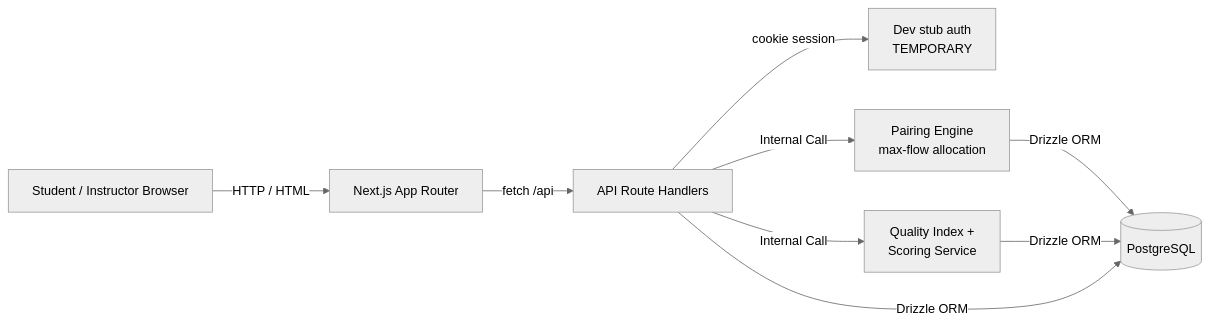
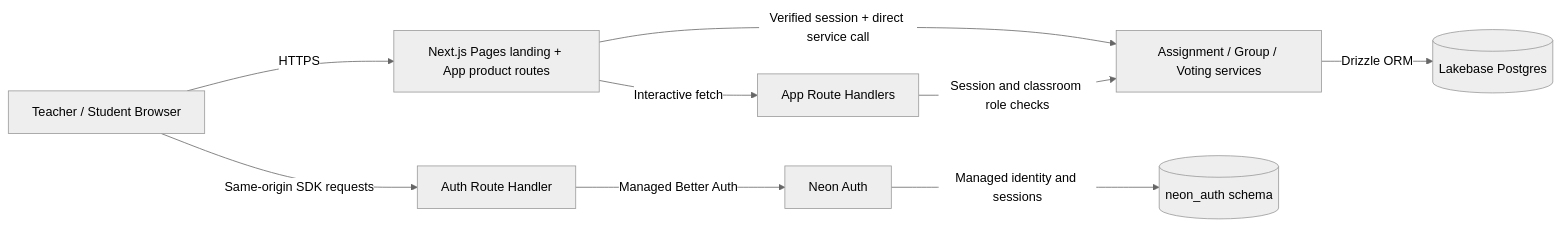
The diagram in docs/architecture.md (Bunyakorn-K/sdpx-ultrasmooth), drawn with Mermaid (neutral theme) before and after one commit. The commit also changed other lines of this file and 128 other files, not shown here.

````diff
--- a/docs/architecture.md
+++ b/docs/architecture.md
@@ -3,11 +3,11 @@
 ```mermaid
 flowchart LR
-    U[Student / Instructor Browser] -->|HTTP / HTML| FE[Next.js App Router]
-    FE -->|fetch /api| API[API Route Handlers]
-    API -->|cookie session| AUTH[Dev stub auth<br/>TEMPORARY]
-    API -->|Internal Call| PAIR[Pairing Engine<br/>max-flow allocation]
-    API -->|Internal Call| SCORE[Quality Index +<br/>Scoring Service]
-    PAIR -->|Drizzle ORM| DB[(PostgreSQL)]
-    SCORE -->|Drizzle ORM| DB
-    API -->|Drizzle ORM| DB
+    B[Teacher / Student Browser] -->|HTTPS| WEB[Next.js Pages landing + App product routes]
+    B -->|Same-origin SDK requests| AUTHAPI[Auth Route Handler]
+    AUTHAPI -->|Managed Better Auth| NEON[Neon Auth]
+    WEB -->|Verified session + direct service call| DOMAIN[Assignment / Group / Voting services]
+    WEB -->|Interactive fetch| API[App Route Handlers]
+    API -->|Session and classroom role checks| DOMAIN
+    DOMAIN -->|Drizzle ORM| PG[(Lakebase Postgres)]
+    NEON -->|Managed identity and sessions| NAS[(neon_auth schema)]
 ```
````
